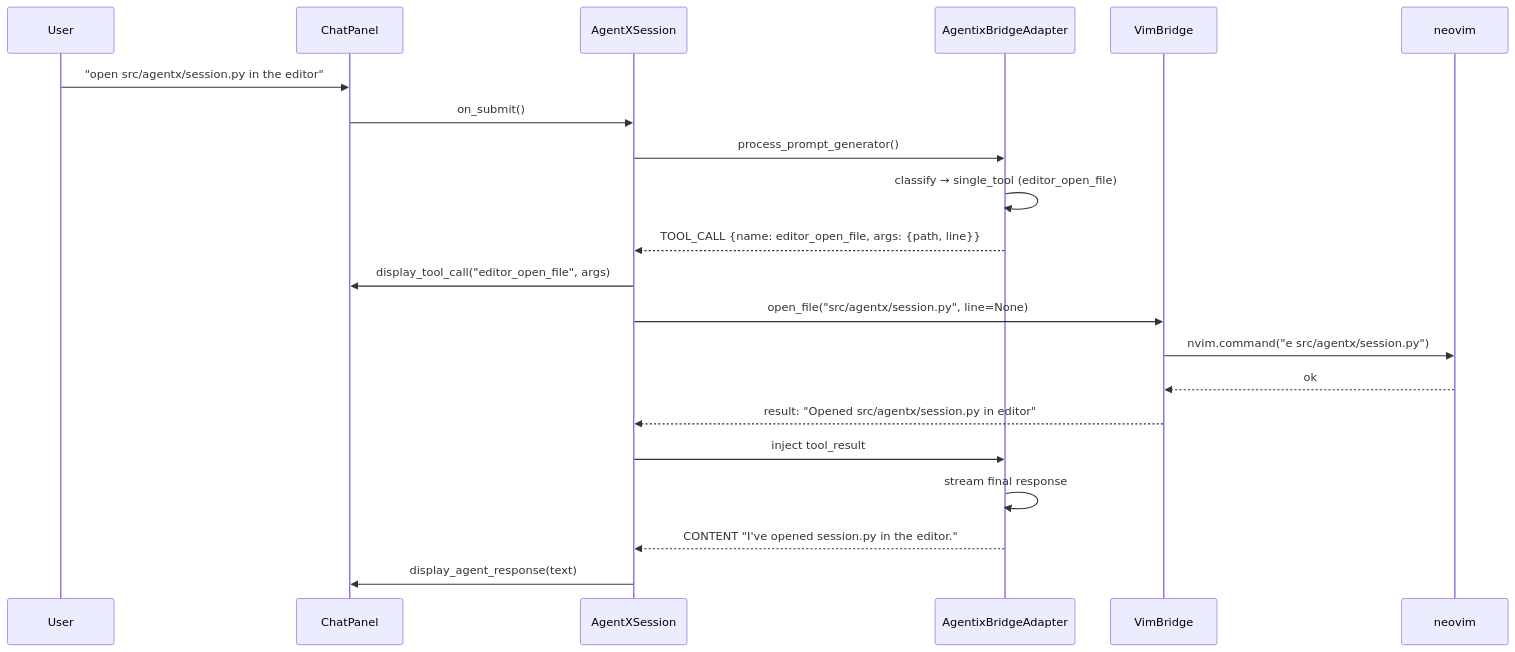
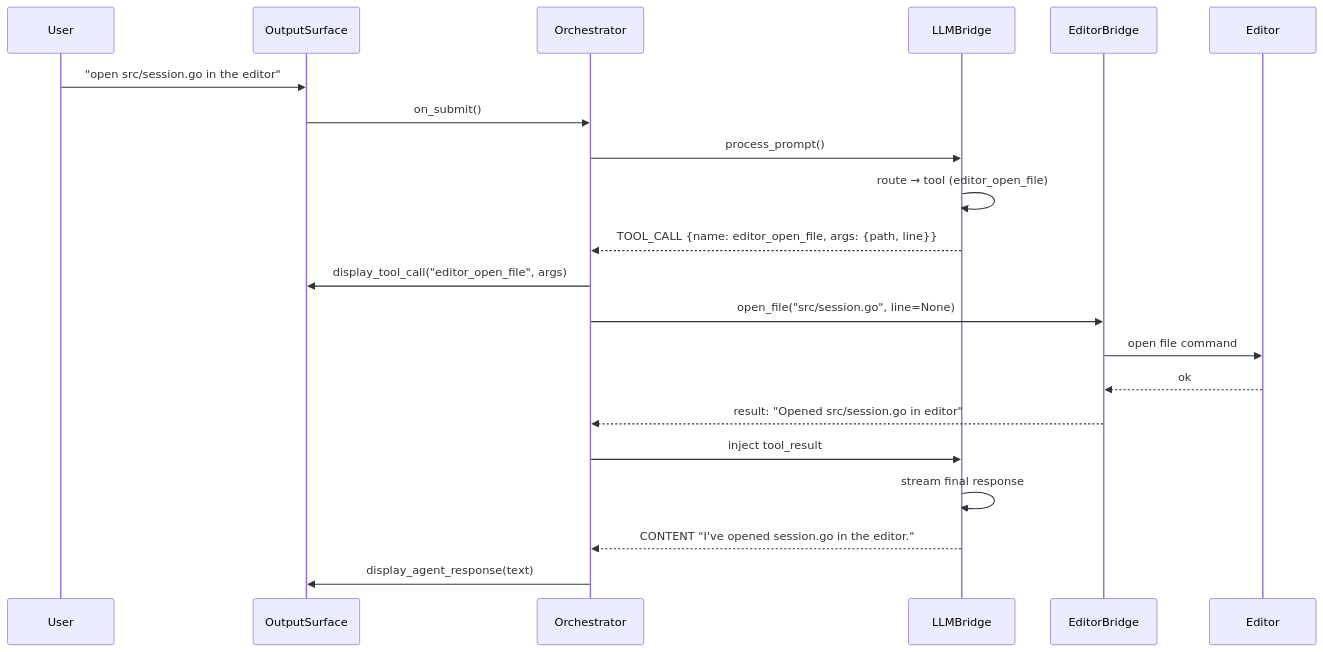
The second of 11 diagrams in docs/ux/05_VIBE_CODING.md (matthewapeters/agentX), drawn with Mermaid before and after one commit. The commit also changed other lines of this file and 336 other files, not shown here.

````diff
--- a/docs/ux/05_VIBE_CODING.md
+++ b/docs/ux/05_VIBE_CODING.md
@@ -499,24 +80,24 @@
 ```mermaid
 sequenceDiagram
     participant User
-    participant ChatPanel
-    participant Session as AgentXSession
-    participant Bridge as AgentixBridgeAdapter
-    participant VB as VimBridge
-    participant Nvim as neovim
+    participant OutputSurface
+    participant Orchestrator
+    participant LLMBridge
+    participant EditorBridge
+    participant Editor
 
-    User->>ChatPanel: "open src/agentx/session.py in the editor"
-    ChatPanel->>Session: on_submit()
-    Session->>Bridge: process_prompt_generator()
-    Bridge->>Bridge: classify → single_tool (editor_open_file)
-    Bridge-->>Session: TOOL_CALL {name: editor_open_file, args: {path, line}}
-    Session->>ChatPanel: display_tool_call("editor_open_file", args)
-    Session->>VB: open_file("src/agentx/session.py", line=None)
-    VB->>Nvim: nvim.command("e src/agentx/session.py")
-    Nvim-->>VB: ok
-    VB-->>Session: result: "Opened src/agentx/session.py in editor"
-    Session->>Bridge: inject tool_result
-    Bridge->>Bridge: stream final response
-    Bridge-->>Session: CONTENT "I've opened session.py in the editor."
-    Session->>ChatPanel: display_agent_response(text)
+    User->>OutputSurface: "open src/session.go in the editor"
+    OutputSurface->>Orchestrator: on_submit()
+    Orchestrator->>LLMBridge: process_prompt()
+    LLMBridge->>LLMBridge: route → tool (editor_open_file)
+    LLMBridge-->>Orchestrator: TOOL_CALL {name: editor_open_file, args: {path, line}}
+    Orchestrator->>OutputSurface: display_tool_call("editor_open_file", args)
+    Orchestrator->>EditorBridge: open_file("src/session.go", line=None)
+    EditorBridge->>Editor: open file command
+    Editor-->>EditorBridge: ok
+    EditorBridge-->>Orchestrator: result: "Opened src/session.go in editor"
+    Orchestrator->>LLMBridge: inject tool_result
+    LLMBridge->>LLMBridge: stream final response
+    LLMBridge-->>Orchestrator: CONTENT "I've opened session.go in the editor."
+    Orchestrator->>OutputSurface: display_agent_response(text)
 ```
````
